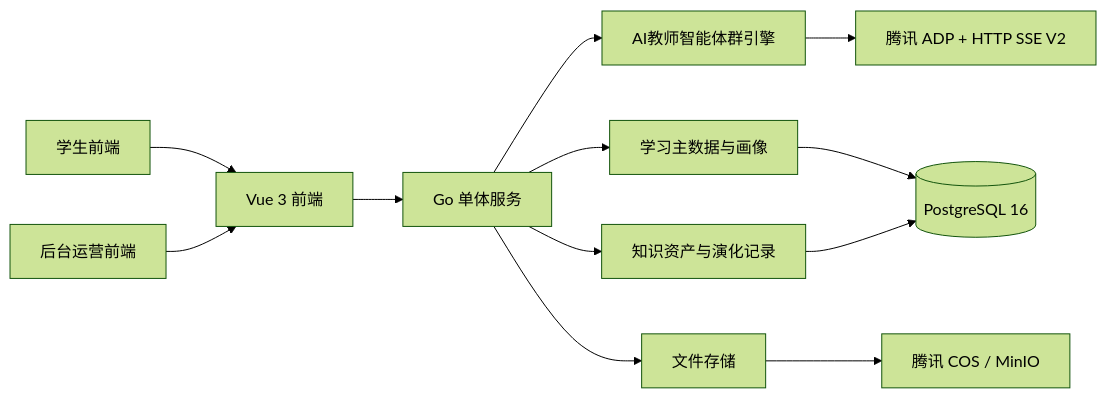
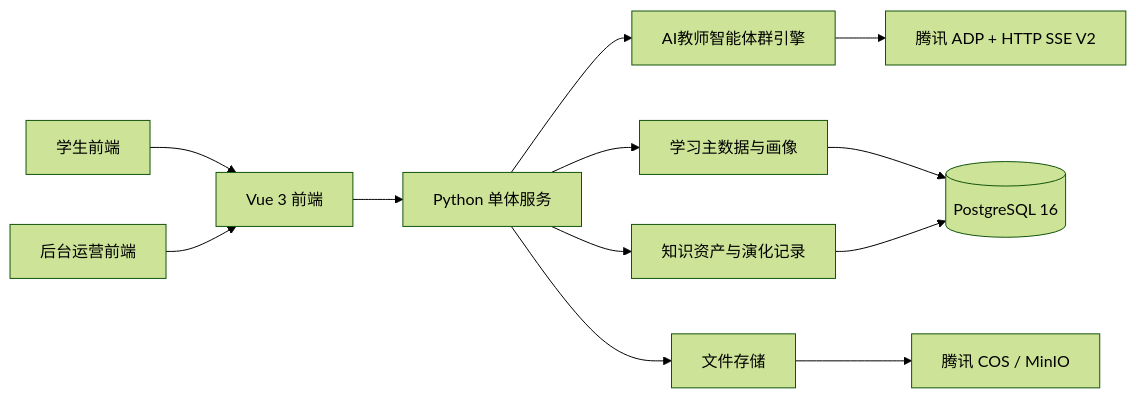
The first of 2 diagrams in doc/作品文档/04-总体架构与技术选型.md (chenqsq/doc-showcase), drawn with Mermaid (forest theme) before and after one commit. The commit also changed other lines of this file and 7 other files, not shown here.

````diff
--- a/doc/作品文档/04-总体架构与技术选型.md
+++ b/doc/作品文档/04-总体架构与技术选型.md
@@ -9,14 +9,14 @@
 ```mermaid
 flowchart LR
     A[学生前端] --> B[Vue 3 前端]
     C[后台运营前端] --> B
-    B --> D[Go 单体服务]
+    B --> D[Python 单体服务]
     D --> E[AI教师智能体群引擎]
     D --> F[学习主数据与画像]
     D --> G[知识资产与演化记录]
     D --> H[文件存储]
     E --> I[腾讯 ADP + HTTP SSE V2]
     F --> J[(PostgreSQL 16)]
     G --> J
     H --> K[腾讯 COS / MinIO]
 ```
````
